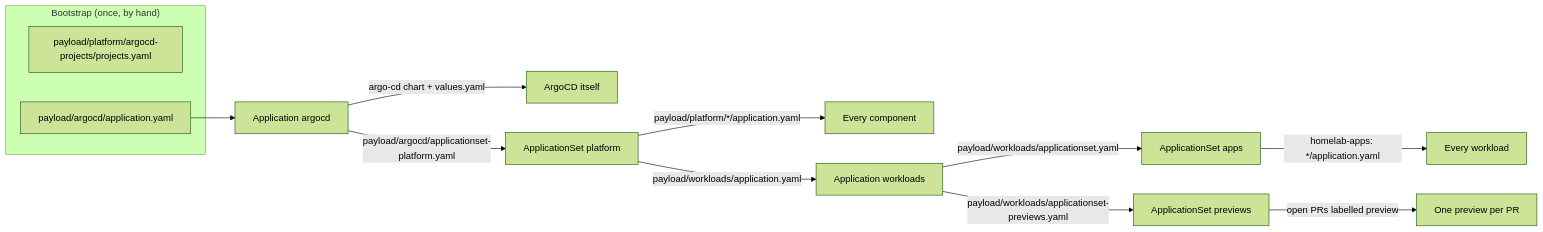
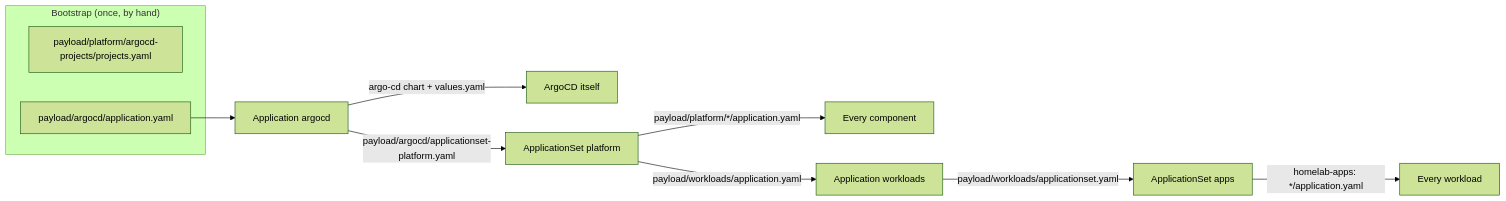
One commit to JanWelker/homelab changed the diagram in docs/architecture/gitops.md. Above: the diagram before and after it, drawn with Mermaid (forest theme). The commit also changed other lines of this file and 9 other files, not shown here.

````diff
--- a/docs/architecture/gitops.md
+++ b/docs/architecture/gitops.md
@@ -12,17 +12,15 @@
 ```mermaid
 flowchart LR
     subgraph "Bootstrap (once, by hand)"
         PJ[payload/platform/argocd-projects/projects.yaml]
         AA[payload/argocd/application.yaml]
     end
 
     AA --> AR[Application argocd]
     AR --> |"argo-cd chart + values.yaml"| SELF[ArgoCD itself]
     AR --> |"payload/argocd/applicationset-platform.yaml"| AS[ApplicationSet platform]
     AS --> |"payload/platform/*/application.yaml"| INFRA[Every component]
     AS --> |"payload/workloads/application.yaml"| WA[Application workloads]
     WA --> |"payload/workloads/applicationset.yaml"| APPS[ApplicationSet apps]
     APPS --> |"homelab-apps: */application.yaml"| WL[Every workload]
-    WA --> |"payload/workloads/applicationset-previews.yaml"| PV[ApplicationSet previews]
-    PV --> |"open PRs labelled preview"| PR[One preview per PR]
 ```
````
